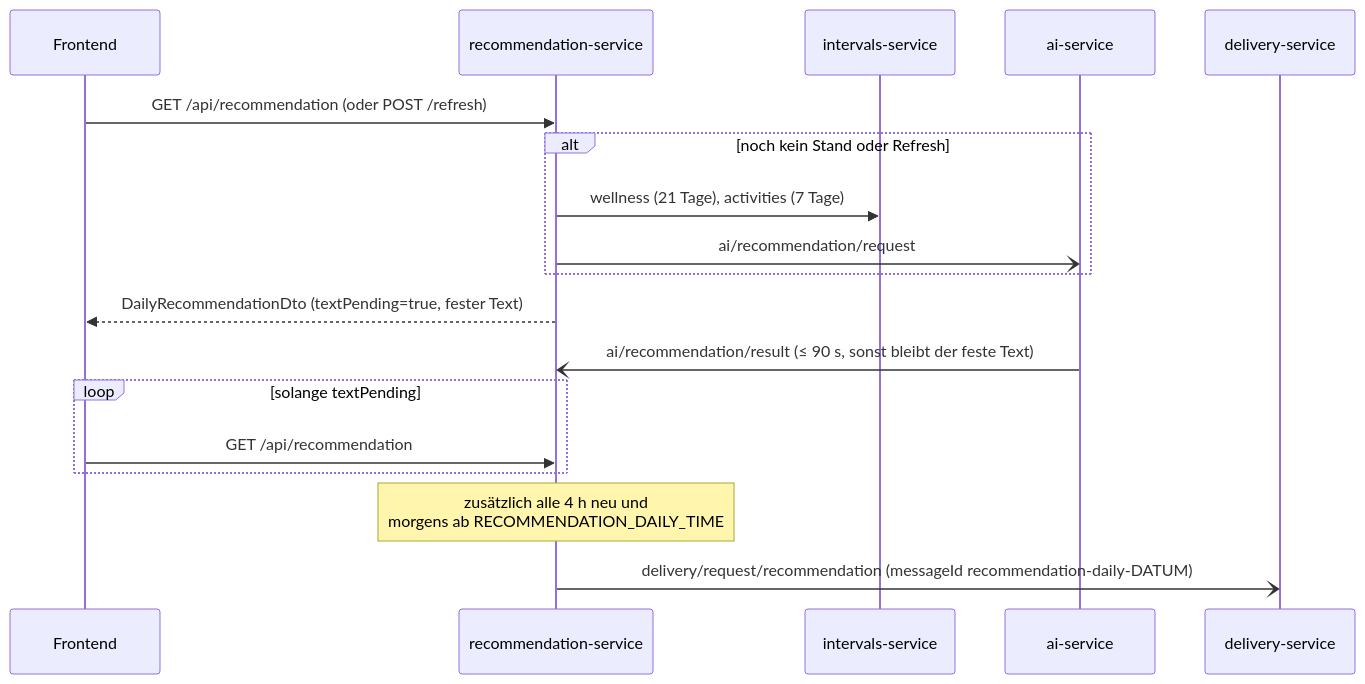
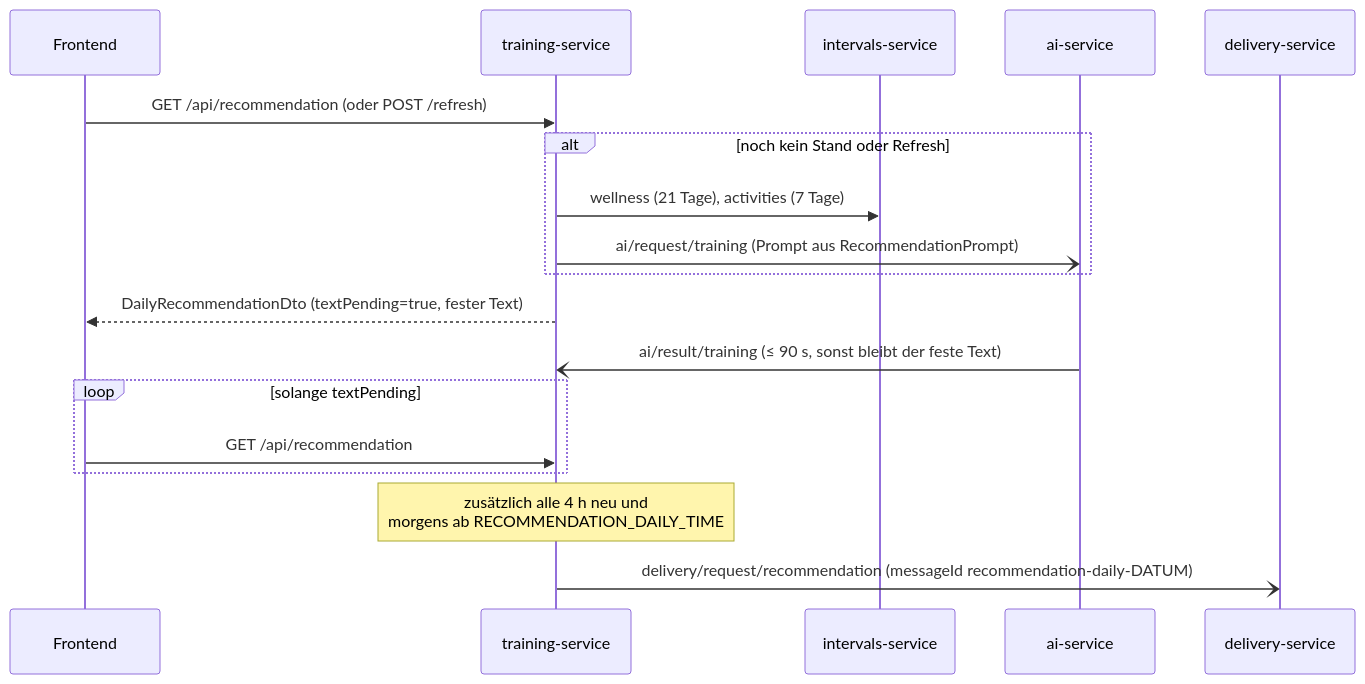
One commit to KlinkerD/Cycling_AI_Analyzer changed the fifth of 5 diagrams in docs/datenfluesse.md. Above: the diagram before and after it, drawn with Mermaid. The commit also changed other lines of this file and 145 other files, not shown here.

````diff
--- a/docs/datenfluesse.md
+++ b/docs/datenfluesse.md
@@ -134,21 +136,21 @@
 ```mermaid
 sequenceDiagram
     participant FE as Frontend
-    participant RCS as recommendation-service
+    participant RCS as training-service
     participant IS as intervals-service
     participant AI as ai-service
     participant DS as delivery-service
 
     FE->>RCS: GET /api/recommendation (oder POST /refresh)
     alt noch kein Stand oder Refresh
         RCS->>IS: wellness (21 Tage), activities (7 Tage)
-        RCS-)AI: ai/recommendation/request
+        RCS-)AI: ai/request/training (Prompt aus RecommendationPrompt)
     end
     RCS-->>FE: DailyRecommendationDto (textPending=true, fester Text)
-    AI-)RCS: ai/recommendation/result (≤ 90 s, sonst bleibt der feste Text)
+    AI-)RCS: ai/result/training (≤ 90 s, sonst bleibt der feste Text)
     loop solange textPending
         FE->>RCS: GET /api/recommendation
     end
     Note over RCS: zusätzlich alle 4 h neu und<br/>morgens ab RECOMMENDATION_DAILY_TIME
     RCS-)DS: delivery/request/recommendation (messageId recommendation-daily-DATUM)
 ```
````
